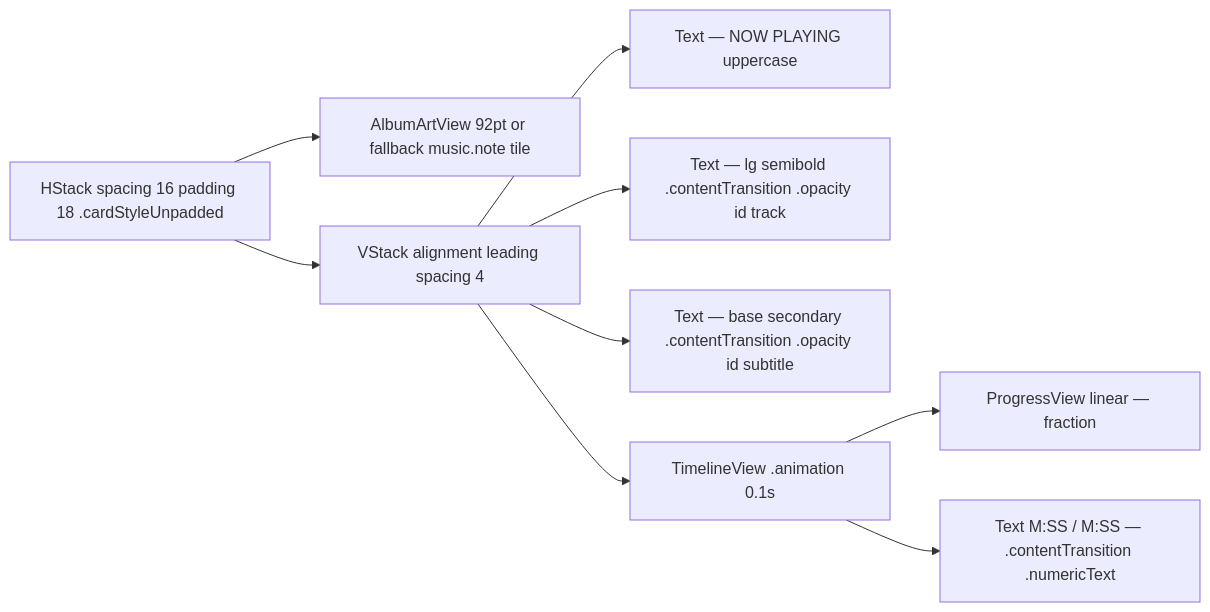
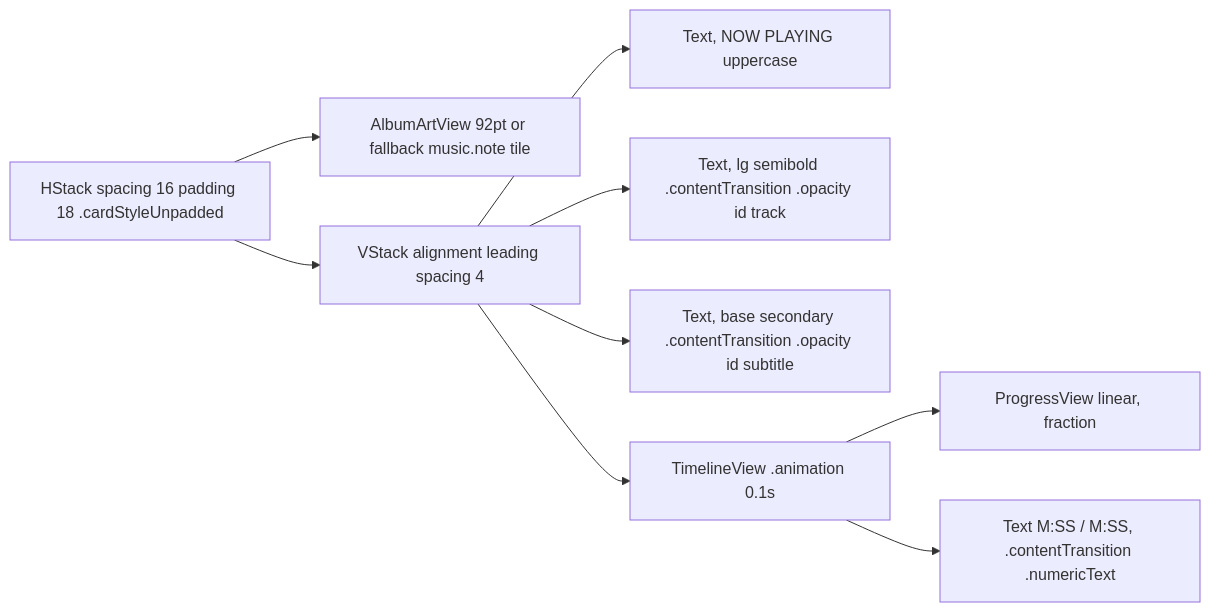
Before and after one commit to MrDemonWolf/WolfWave: the diagram in design-system/components/now-playing-hero-card.md, drawn with Mermaid. The commit also changed other lines of this file and 152 other files, not shown here.

````diff
--- a/design-system/components/now-playing-hero-card.md
+++ b/design-system/components/now-playing-hero-card.md
@@ -50,11 +50,11 @@
 ```mermaid
 graph LR
   Card[HStack spacing 16 padding 18 .cardStyleUnpadded] --> Art[AlbumArtView 92pt or fallback music.note tile]
   Card --> Text[VStack alignment leading spacing 4]
-  Text --> Eyebrow[Text — NOW PLAYING uppercase]
-  Text --> Title[Text — lg semibold .contentTransition .opacity id track]
-  Text --> Subtitle[Text — base secondary .contentTransition .opacity id subtitle]
+  Text --> Eyebrow[Text, NOW PLAYING uppercase]
+  Text --> Title[Text, lg semibold .contentTransition .opacity id track]
+  Text --> Subtitle[Text, base secondary .contentTransition .opacity id subtitle]
   Text --> Progress[TimelineView .animation 0.1s]
-  Progress --> Bar[ProgressView linear — fraction]
-  Progress --> Stamp[Text M:SS / M:SS — .contentTransition .numericText]
+  Progress --> Bar[ProgressView linear, fraction]
+  Progress --> Stamp[Text M:SS / M:SS, .contentTransition .numericText]
 ```
````
